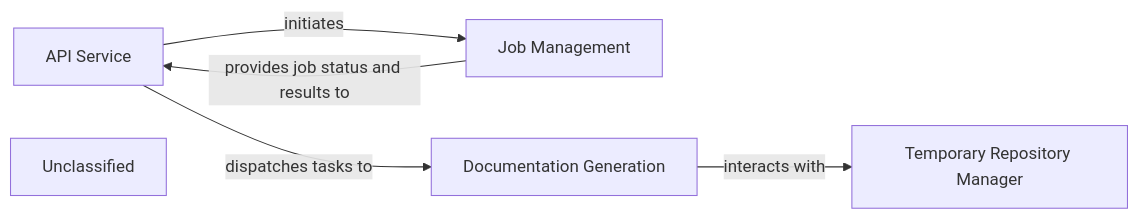
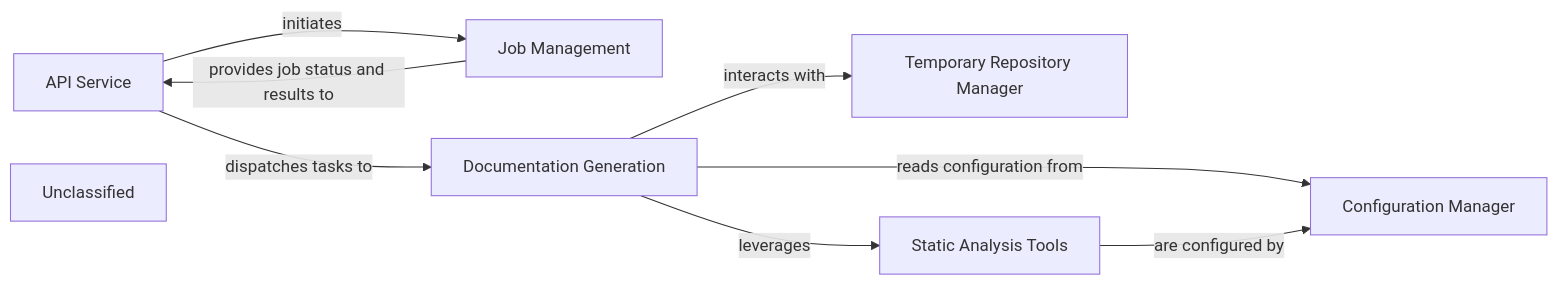
The diagram in .codeboarding/User_Interface_API_Gateway.md (CodeBoarding/CodeBoarding), drawn with Mermaid before and after one commit. The commit also changed other lines of this file and 15 other files, not shown here.

First line of the commit message:
docs: update codeboarding documentation and generate architecture

````diff
--- a/.codeboarding/User_Interface_API_Gateway.md
+++ b/.codeboarding/User_Interface_API_Gateway.md
@@ -1,12 +1,17 @@
 ```mermaid
 graph LR
     API_Service["API Service"]
     Job_Management["Job Management"]
     Documentation_Generation["Documentation Generation"]
     Temporary_Repository_Manager["Temporary Repository Manager"]
+    Static_Analysis_Tools["Static Analysis Tools"]
+    Configuration_Manager["Configuration Manager"]
     Unclassified["Unclassified"]
     API_Service -- "initiates" --> Job_Management
     API_Service -- "dispatches tasks to" --> Documentation_Generation
     Job_Management -- "provides job status and results to" --> API_Service
     Documentation_Generation -- "interacts with" --> Temporary_Repository_Manager
+    Documentation_Generation -- "leverages" --> Static_Analysis_Tools
+    Documentation_Generation -- "reads configuration from" --> Configuration_Manager
+    Static_Analysis_Tools -- "are configured by" --> Configuration_Manager
 ```
````
